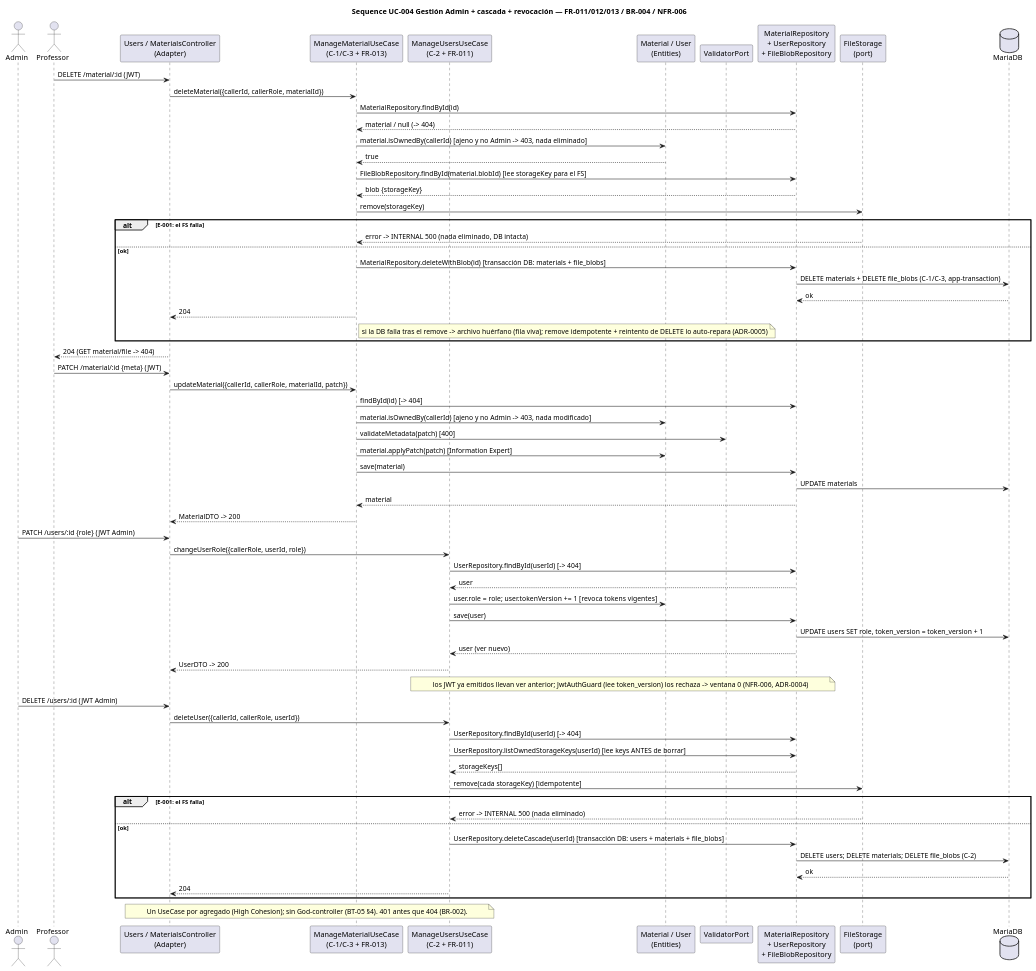
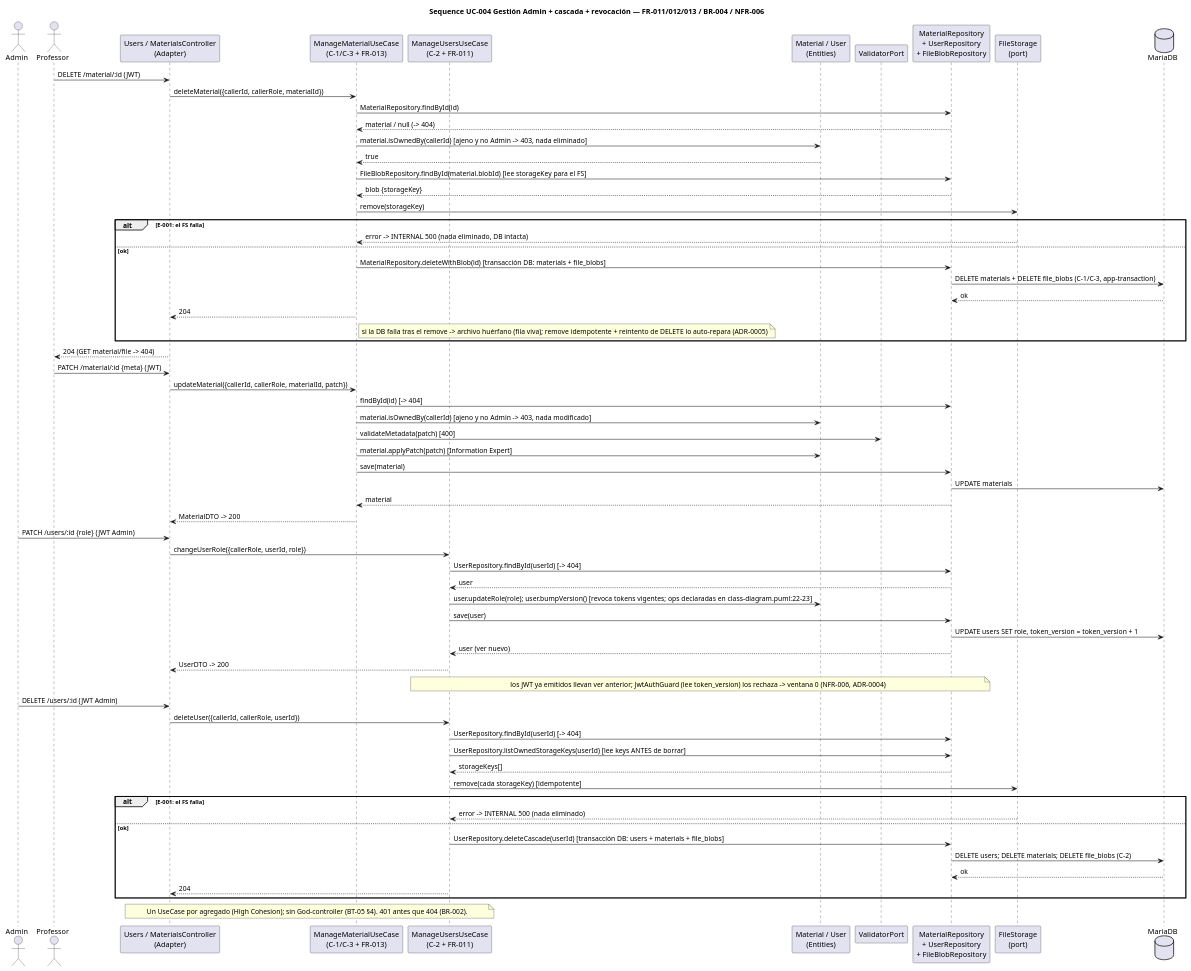
One commit to estebanmatias92/tecnicatura-practicas-profesionalizantes-ii changed the diagram in 2026-09-29-laboratorio-bibliotech/docs/03-architecture/sequence-diagram-UC-004.puml. Above: the diagram before and after it, drawn with PlantUML. The commit also changed 24 other files, not shown here.

```diff
--- a/2026-09-29-laboratorio-bibliotech/docs/03-architecture/sequence-diagram-UC-004.puml
+++ b/2026-09-29-laboratorio-bibliotech/docs/03-architecture/sequence-diagram-UC-004.puml
@@ -1,83 +1,83 @@
 @startuml sequence-diagram-UC-004
 title Sequence UC-004 Gestión Admin + cascada + revocación — FR-011/012/013 / BR-004 / NFR-006
 actor Admin
 actor Professor
 participant "Users / MaterialsController\n(Adapter)" as Ctrl
 participant "ManageMaterialUseCase\n(C-1/C-3 + FR-013)" as MM
 participant "ManageUsersUseCase\n(C-2 + FR-011)" as MU
 participant "Material / User\n(Entities)" as Ent
 participant "ValidatorPort" as Val
 participant "MaterialRepository\n+ UserRepository\n+ FileBlobRepository" as Repo
 participant "FileStorage\n(port)" as FS
 database MariaDB as DB
 
 ' --- C-1: Professor borra material propio / C-3 Admin ---
 Professor -> Ctrl : DELETE /material/:id (JWT)
 ' GRASP Controller — Mission: single entry point per system operation, UI stays thin
 Ctrl -> MM : deleteMaterial({callerId, callerRole, materialId})
 ' GRASP Information Expert — Mission: co-locate behavior with information
 MM -> Repo : MaterialRepository.findById(id)
 Repo --> MM : material / null (-> 404)
 MM -> Ent : material.isOwnedBy(callerId) [ajeno y no Admin -> 403, nada eliminado]
 Ent --> MM : true
 MM -> Repo : FileBlobRepository.findById(material.blobId) [lee storageKey para el FS]
 Repo --> MM : blob {storageKey}
 ' ADR-0005: FS-PRIMERO (idempotente) — si falla, la DB no mutó (E-001)
 MM -> FS : remove(storageKey)
 alt E-001: el FS falla
   FS --> MM : error -> INTERNAL 500 (nada eliminado, DB intacta)
 else ok
   ' GRASP Indirection — Mission: both sides depend on something stable
   MM -> Repo : MaterialRepository.deleteWithBlob(id) [transacción DB: materials + file_blobs]
   Repo -> DB : DELETE materials + DELETE file_blobs (C-1/C-3, app-transaction)
   DB --> Repo : ok
   MM --> Ctrl : 204
   note right of MM : si la DB falla tras el remove -> archivo huérfano (fila viva); remove idempotente + reintento de DELETE lo auto-repara (ADR-0005)
 end
 Ctrl --> Professor : 204 (GET material/file -> 404)
 
 ' --- FR-013: Professor/Admin edita material ---
 Professor -> Ctrl : PATCH /material/:id {meta} (JWT)
 Ctrl -> MM : updateMaterial({callerId, callerRole, materialId, patch})
 MM -> Repo : findById(id) [-> 404]
 MM -> Ent : material.isOwnedBy(callerId) [ajeno y no Admin -> 403, nada modificado]
 ' GRASP Pure Fabrication — Mission: protect domain cohesion; reglas fuera de Material
 MM -> Val : validateMetadata(patch) [400]
 MM -> Ent : material.applyPatch(patch) [Information Expert]
 MM -> Repo : save(material)
 Repo -> DB : UPDATE materials
 Repo --> MM : material
 MM --> Ctrl : MaterialDTO -> 200
 
 ' --- FR-011: Admin cambia rol + revoca tokens (NFR-006) ---
 Admin -> Ctrl : PATCH /users/:id {role} (JWT Admin)
 Ctrl -> MU : changeUserRole({callerRole, userId, role})
 MU -> Repo : UserRepository.findById(userId) [-> 404]
 Repo --> MU : user
 ' GRASP Information Expert — Mission: co-locate behavior with information
-MU -> Ent : user.role = role; user.tokenVersion += 1 [revoca tokens vigentes]
+MU -> Ent : user.updateRole(role); user.bumpVersion() [revoca tokens vigentes; ops declaradas en class-diagram.puml:22-23]
 MU -> Repo : save(user)
 Repo -> DB : UPDATE users SET role, token_version = token_version + 1
 Repo --> MU : user (ver nuevo)
 MU --> Ctrl : UserDTO -> 200
 note over MU, Repo : los JWT ya emitidos llevan ver anterior; JwtAuthGuard (lee token_version) los rechaza -> ventana 0 (NFR-006, ADR-0004)
 
 ' --- C-2: Admin borra cuenta Professor con cascada ---
 Admin -> Ctrl : DELETE /users/:id (JWT Admin)
 Ctrl -> MU : deleteUser({callerId, callerRole, userId})
 MU -> Repo : UserRepository.findById(userId) [-> 404]
 MU -> Repo : UserRepository.listOwnedStorageKeys(userId) [lee keys ANTES de borrar]
 Repo --> MU : storageKeys[]
 ' ADR-0005: FS-PRIMERO — si falla, la DB no mutó (E-001)
 MU -> FS : remove(cada storageKey) [idempotente]
 alt E-001: el FS falla
   FS --> MU : error -> INTERNAL 500 (nada eliminado)
 else ok
   MU -> Repo : UserRepository.deleteCascade(userId) [transacción DB: users + materials + file_blobs]
   Repo -> DB : DELETE users; DELETE materials; DELETE file_blobs (C-2)
   DB --> Repo : ok
   MU --> Ctrl : 204
 end
 
 note over Ctrl, MU : Un UseCase por agregado (High Cohesion); sin God-controller (BT-05 §4). 401 antes que 404 (BR-002).
 @enduml
```
